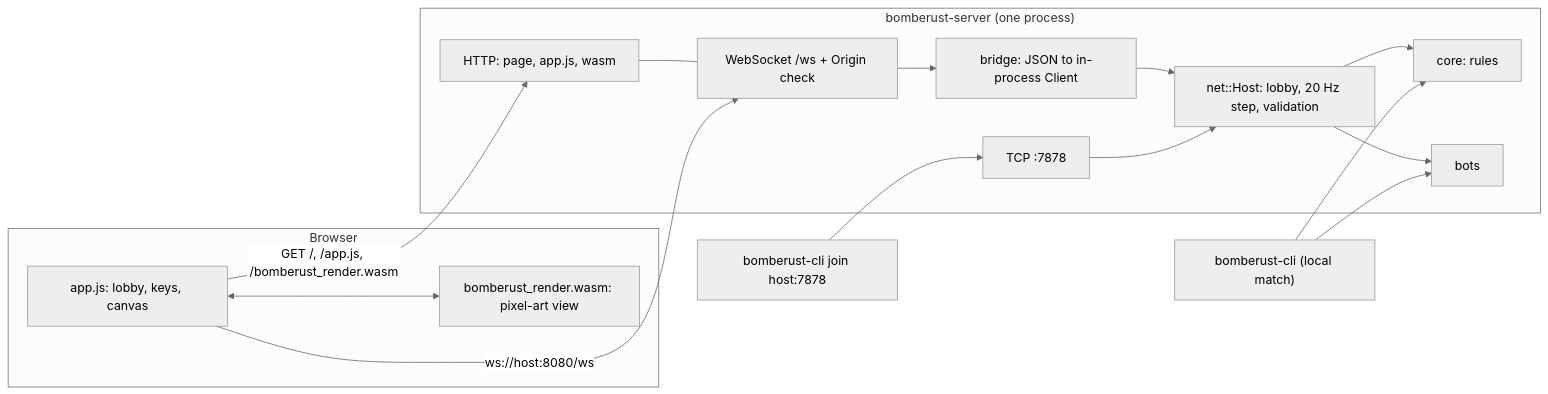
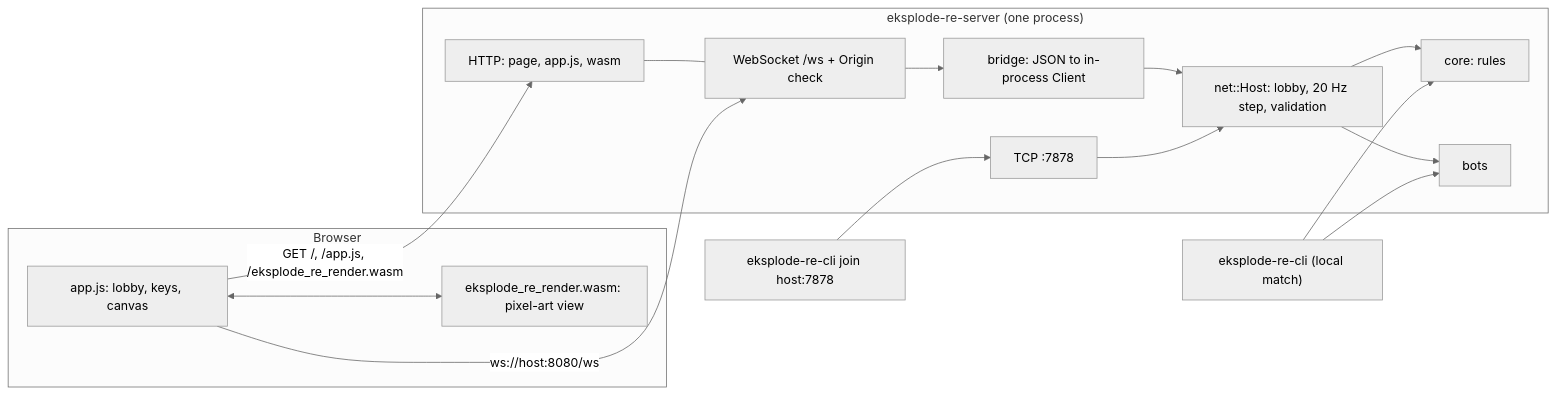
The first of 2 diagrams in docs/ARCHITECTURE.md (AmarOk1412/Eksplode.re), drawn with Mermaid (neutral theme) before and after one commit. The commit also changed other lines of this file and 129 other files, not shown here.

Commit message:
core: rename project Eksplode.re

````diff
--- a/docs/ARCHITECTURE.md
+++ b/docs/ARCHITECTURE.md
@@ -25,19 +25,19 @@
 ```mermaid
 flowchart LR
   subgraph Browser
-    JS["app.js: lobby, keys, canvas"] <--> WASM["bomberust_render.wasm: pixel-art view"]
+    JS["app.js: lobby, keys, canvas"] <--> WASM["eksplode_re_render.wasm: pixel-art view"]
   end
-  subgraph Server["bomberust-server (one process)"]
+  subgraph Server["eksplode-re-server (one process)"]
     HTTP["HTTP: page, app.js, wasm"] --- WS["WebSocket /ws + Origin check"]
     WS --> BR["bridge: JSON to in-process Client"]
     BR --> HOST
     TCP["TCP :7878"] --> HOST["net::Host: lobby, 20 Hz step, validation"]
     HOST --> CORE["core: rules"]
     HOST --> BOTS["bots"]
   end
-  JS -- "GET /, /app.js, /bomberust_render.wasm" --> HTTP
+  JS -- "GET /, /app.js, /eksplode_re_render.wasm" --> HTTP
   JS -- "ws://host:8080/ws" --> WS
-  CLI["bomberust-cli join host:7878"] --> TCP
-  LOCAL["bomberust-cli (local match)"] --> CORE
+  CLI["eksplode-re-cli join host:7878"] --> TCP
+  LOCAL["eksplode-re-cli (local match)"] --> CORE
   LOCAL --> BOTS
 ```
````
